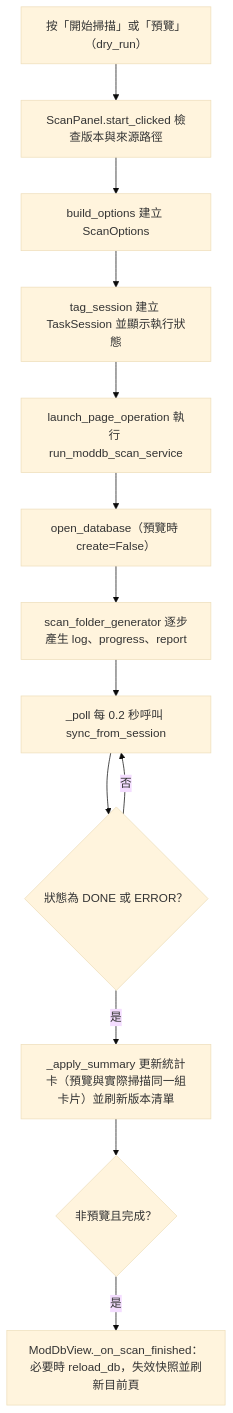
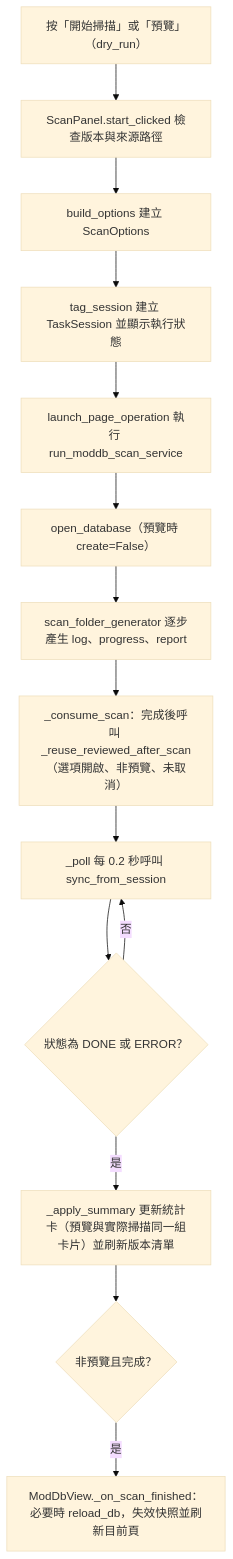
Before and after one commit to jlin53882/Minecraft-translate: the second of 8 diagrams in docs/page_flows/moddb.md, drawn with Mermaid (base theme). The commit also changed other lines of this file and 44 other files, not shown here.

````diff
--- a/docs/page_flows/moddb.md
+++ b/docs/page_flows/moddb.md
@@ -53,15 +61,16 @@
 ```mermaid
 flowchart TD
     A["按「開始掃描」或「預覽」（dry_run）"] --> B["ScanPanel.start_clicked 檢查版本與來源路徑"]
     B --> C["build_options 建立 ScanOptions"]
     C --> D["tag_session 建立 TaskSession 並顯示執行狀態"]
     D --> E["launch_page_operation 執行 run_moddb_scan_service"]
     E --> F["open_database（預覽時 create=False）"]
     F --> G["scan_folder_generator 逐步產生 log、progress、report"]
-    G --> H["_poll 每 0.2 秒呼叫 sync_from_session"]
+    G --> G2["_consume_scan：完成後呼叫 _reuse_reviewed_after_scan（選項開啟、非預覽、未取消）"]
+    G2 --> H["_poll 每 0.2 秒呼叫 sync_from_session"]
     H --> I{"狀態為 DONE 或 ERROR？"}
     I -- 否 --> H
     I -- 是 --> J["_apply_summary 更新統計卡（預覽與實際掃描同一組卡片）並刷新版本清單"]
     J --> K{"非預覽且完成？"}
     K -- 是 --> L["ModDbView._on_scan_finished：必要時 reload_db，失效快照並刷新目前頁"]
 ```
````
